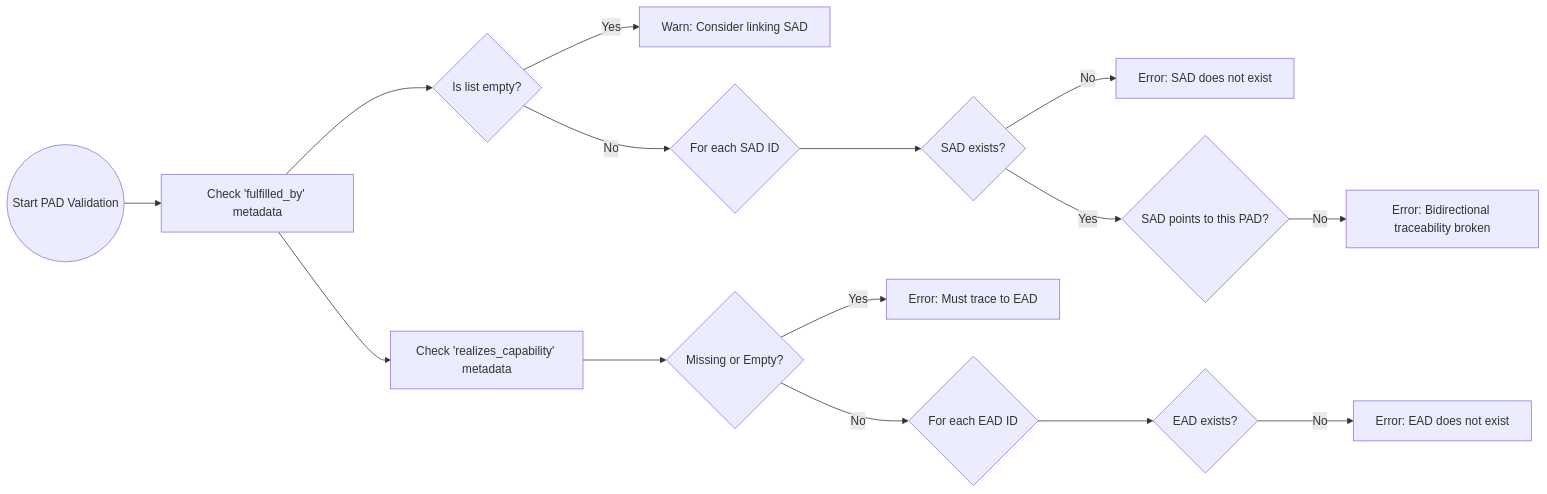
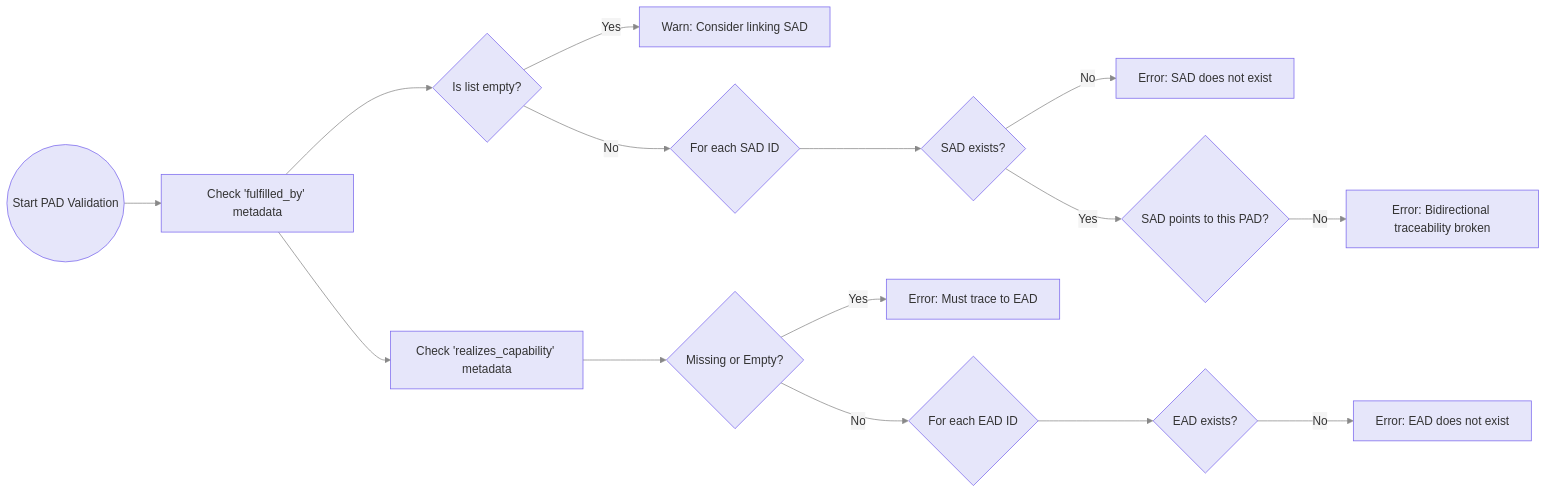
Before and after one commit to anshacerbia2/scnehaux-architecture: the fifth of 9 diagrams in 06-fitness-function/engine/INDEX.md, drawn with Mermaid. The commit also changed other lines of this file and 198 other files, not shown here.

Commit message:
docs: update enterprise architecture artifacts and fitness functions

````diff
--- a/06-fitness-function/engine/INDEX.md
+++ b/06-fitness-function/engine/INDEX.md
@@ -266,17 +336,18 @@
 ```mermaid
+%%{init: {'theme': 'base', 'themeVariables': {'primaryColor': '#e6e6fa', 'primaryTextColor': '#333', 'primaryBorderColor': '#7a67ee', 'lineColor': '#888', 'edgeLabelBackground': '#f4f4f4'}}}%%
 graph LR
     StartPAD((Start PAD Validation)) --> CheckFulfilled["Check 'fulfilled_by' metadata"]
     CheckFulfilled --> IsFulfilledEmpty{"Is list empty?"}
     IsFulfilledEmpty -->|Yes| WarnFulfilled["Warn: Consider linking SAD"]
     IsFulfilledEmpty -->|No| LoopFulfilled{"For each SAD ID"}
     LoopFulfilled --> CheckSADExist{"SAD exists?"}
     CheckSADExist -->|No| ErrSADMissing["Error: SAD does not exist"]
     CheckSADExist -->|Yes| CheckSADBidirectional{"SAD points to this PAD?"}
     CheckSADBidirectional -->|No| ErrBidirBroken["Error: Bidirectional traceability broken"]
     CheckFulfilled --> CheckRealizes["Check 'realizes_capability' metadata"]
     CheckRealizes --> IsRealizesMissing{"Missing or Empty?"}
     IsRealizesMissing -->|Yes| ErrRealizesMissing["Error: Must trace to EAD"]
     IsRealizesMissing -->|No| LoopRealizes{"For each EAD ID"}
     LoopRealizes --> CheckEADExist{"EAD exists?"}
     CheckEADExist -->|No| ErrEADMissing["Error: EAD does not exist"]
 ```
````
